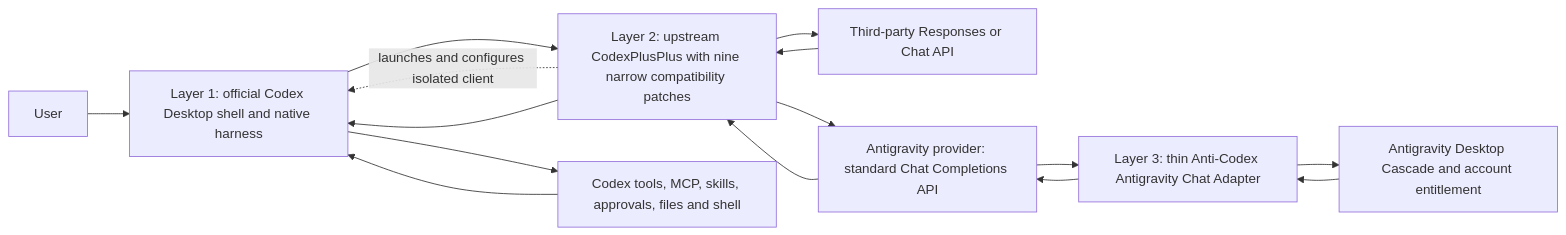
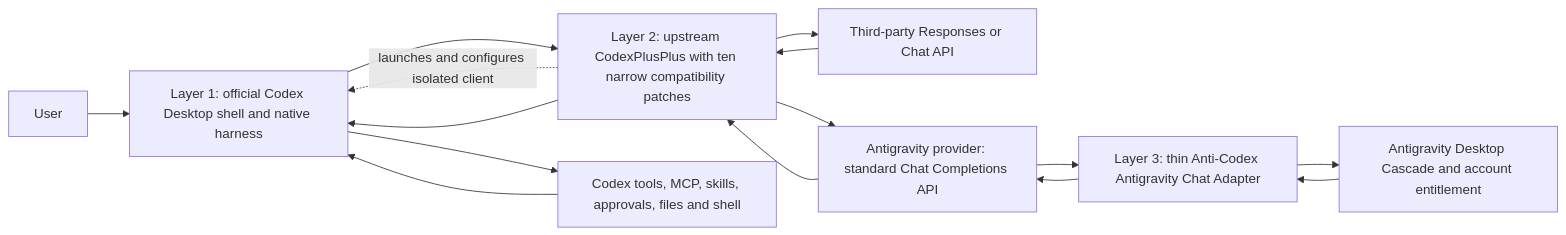
Before and after one commit to saerda8/Anti-Codex: the diagram in docs/THREE_LAYER_ARCHITECTURE.md, drawn with Mermaid. The commit also changed other lines of this file and 19 other files, not shown here.

````diff
--- a/docs/THREE_LAYER_ARCHITECTURE.md
+++ b/docs/THREE_LAYER_ARCHITECTURE.md
@@ -26,14 +28,14 @@
 ```mermaid
 flowchart LR
     U["User"] --> C["Layer 1: official Codex Desktop shell and native harness"]
-    P["Layer 2: upstream CodexPlusPlus with nine narrow compatibility patches"] -. "launches and configures isolated client" .-> C
+    P["Layer 2: upstream CodexPlusPlus with ten narrow compatibility patches"] -. "launches and configures isolated client" .-> C
     C --> P
     P --> X["Third-party Responses or Chat API"]
     X --> P
     P --> H["Antigravity provider: standard Chat Completions API"]
     H --> A["Layer 3: thin Anti-Codex Antigravity Chat Adapter"]
     A --> G["Antigravity Desktop Cascade and account entitlement"]
     G --> A --> H --> P --> C
     C --> T["Codex tools, MCP, skills, approvals, files and shell"]
     T --> C
 ```
````
